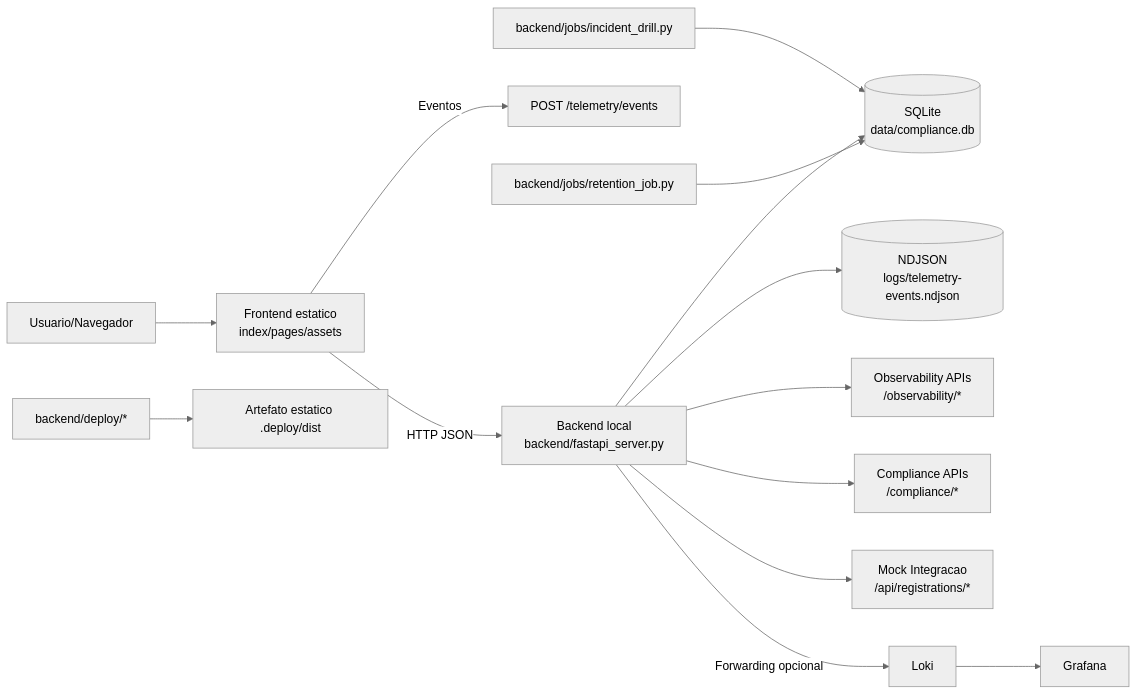
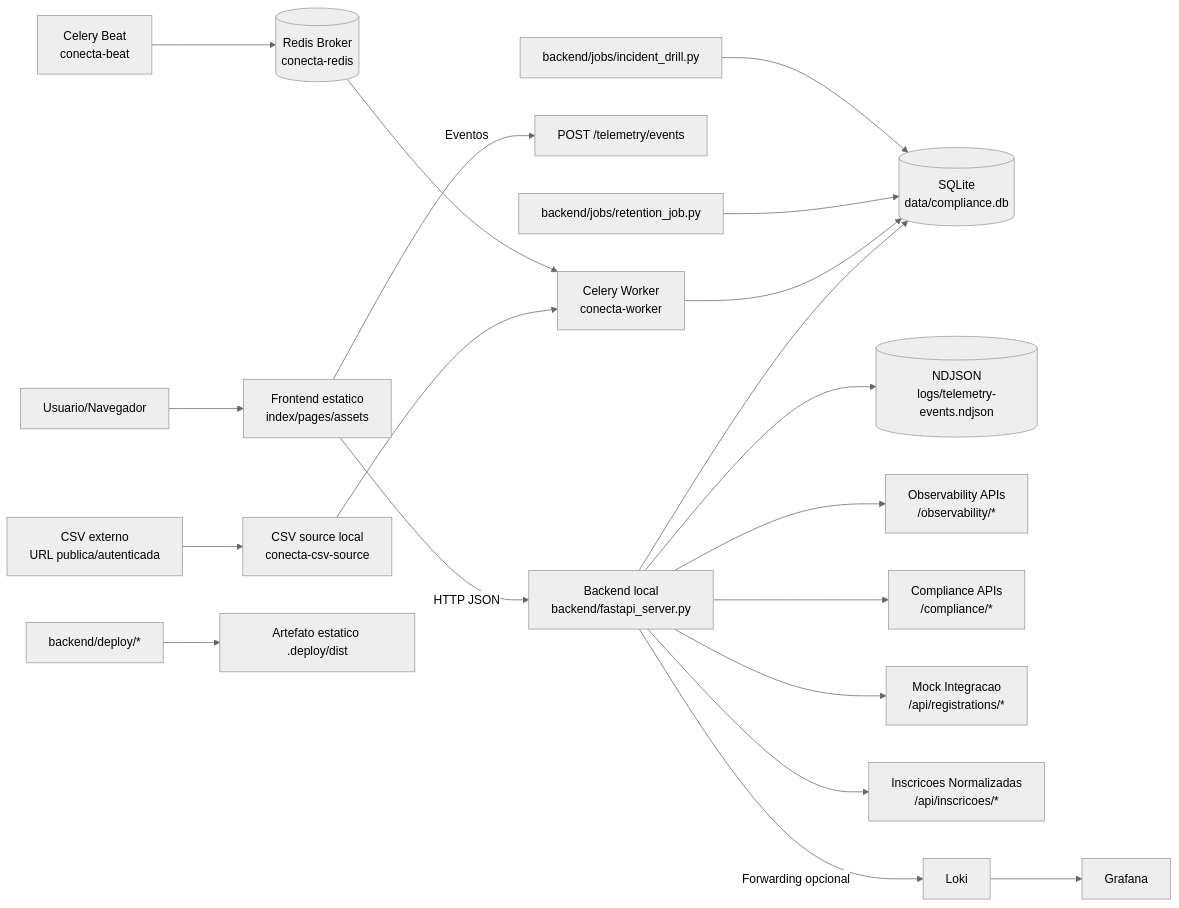
The first of 2 diagrams in docs/arquitetura.md (prismrr/conecta-page), drawn with Mermaid (neutral theme) before and after one commit. The commit also changed other lines of this file and 5 other files, not shown here.

````diff
--- a/docs/arquitetura.md
+++ b/docs/arquitetura.md
@@ -7,20 +7,27 @@
 ```mermaid
 flowchart LR
     U[Usuario/Navegador] --> FE[Frontend estatico\nindex/pages/assets]
     FE -->|HTTP JSON| BE[Backend local\nbackend/fastapi_server.py]
     FE -->|Eventos| TE[POST /telemetry/events]
 
     BE --> DB[(SQLite\ndata/compliance.db)]
     BE --> LOG[(NDJSON\nlogs/telemetry-events.ndjson)]
     BE --> OBS[Observability APIs\n/observability/*]
     BE --> COMP[Compliance APIs\n/compliance/*]
     BE --> REG[Mock Integracao\n/api/registrations/*]
+    BE --> INS[Inscricoes Normalizadas\n/api/inscricoes/*]
+
+    CSV[CSV externo\nURL publica/autenticada] --> SRC[CSV source local\nconecta-csv-source]
+    SRC --> CEL[Celery Worker\nconecta-worker]
+    REDIS[(Redis Broker\nconecta-redis)] --> CEL
+    BEAT[Celery Beat\nconecta-beat] --> REDIS
+    CEL --> DB
 
     BE -->|Forwarding opcional| LOKI[Loki]
     LOKI --> GRAF[Grafana]
 
     JOB1[backend/jobs/retention_job.py] --> DB
     JOB2[backend/jobs/incident_drill.py] --> DB
 
     DEP[backend/deploy/*] --> SITE[Artefato estatico .deploy/dist]
 ```
````
